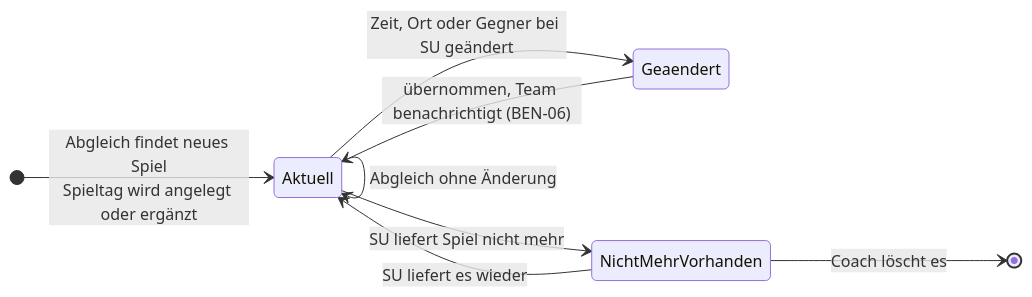
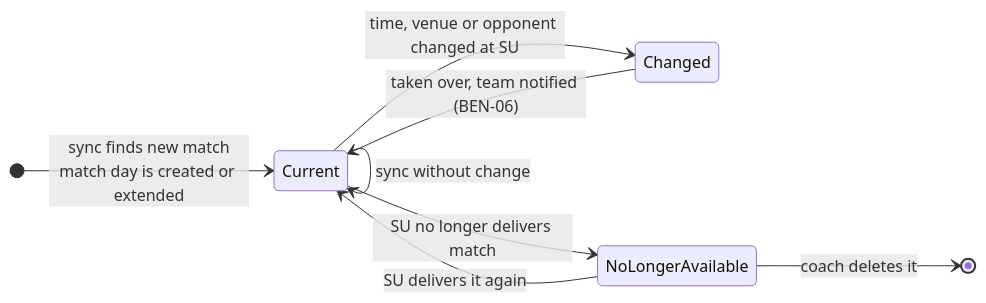
One commit to cyrilleulmi/StvBeroPlatform changed the sixth of 13 diagrams in docs/states.md. Above: the diagram before and after it, drawn with Mermaid. The commit also changed other lines of this file and 19 other files, not shown here.

````diff
--- a/docs/states.md
+++ b/docs/states.md
@@ -157,11 +159,11 @@
 ```mermaid
 stateDiagram-v2
     direction LR
-    [*] --> Aktuell: Abgleich findet neues Spiel<br/>Spieltag wird angelegt oder ergänzt
-    Aktuell --> Aktuell: Abgleich ohne Änderung
-    Aktuell --> Geaendert: Zeit, Ort oder Gegner bei SU geändert
-    Geaendert --> Aktuell: übernommen, Team benachrichtigt (BEN-06)
-    Aktuell --> NichtMehrVorhanden: SU liefert Spiel nicht mehr
-    NichtMehrVorhanden --> Aktuell: SU liefert es wieder
-    NichtMehrVorhanden --> [*]: Coach löscht es
+    [*] --> Current: sync finds new match<br/>match day is created or extended
+    Current --> Current: sync without change
+    Current --> Changed: time, venue or opponent changed at SU
+    Changed --> Current: taken over, team notified (BEN-06)
+    Current --> NoLongerAvailable: SU no longer delivers match
+    NoLongerAvailable --> Current: SU delivers it again
+    NoLongerAvailable --> [*]: coach deletes it
 ```
````
